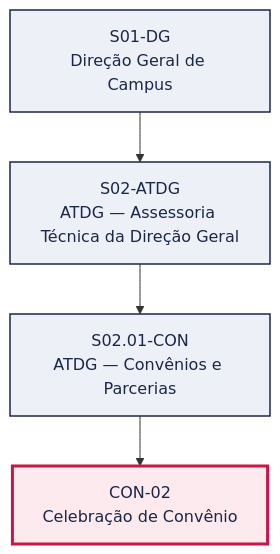
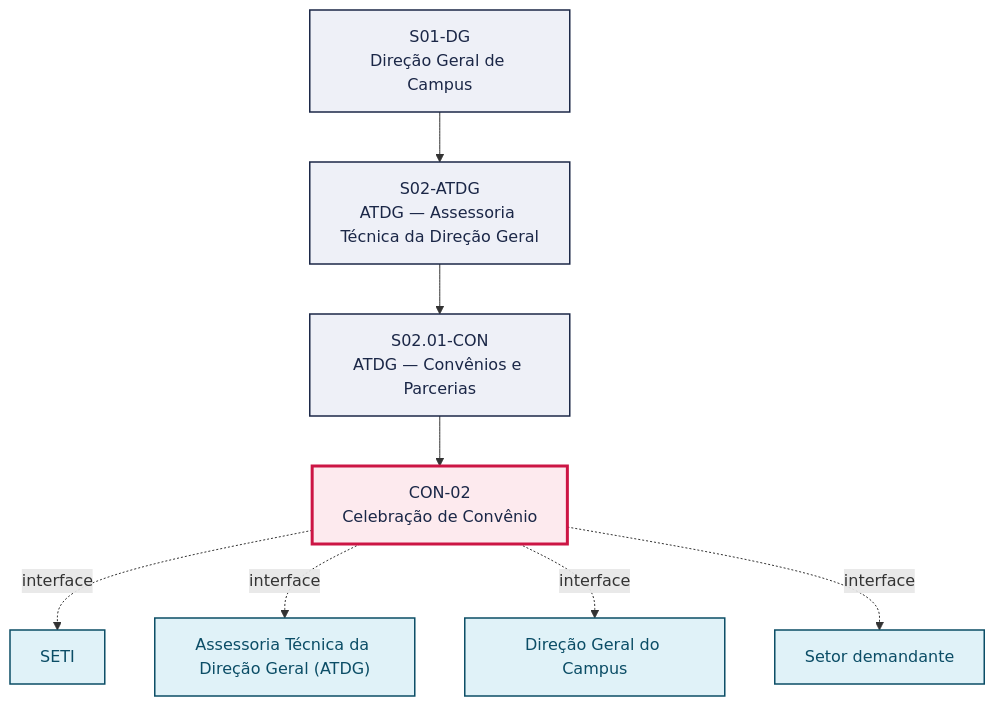
One commit to jessefers/canvas-vivo-atdg changed the first of 2 diagrams in pops/CON/CON-02.md. Above: the diagram before and after it, drawn with Mermaid. The commit also changed other lines of this file and 61 other files, not shown here.

````diff
--- a/pops/CON/CON-02.md
+++ b/pops/CON/CON-02.md
@@ -49,15 +51,24 @@
 ```mermaid
 graph TD
   S01_DG["S01-DG<br/>Direção Geral de Campus"]
   S02_ATDG["S02-ATDG<br/>ATDG — Assessoria Técnica da Direção Geral"]
   S01_DG --> S02_ATDG
   S02_01_CON["S02.01-CON<br/>ATDG — Convênios e Parcerias"]
   S02_ATDG --> S02_01_CON
   P["CON-02<br/>Celebração de Convênio"]
   S02_01_CON --> P
+  V1["SETI"]
+  P -. interface .-> V1
+  V2["Assessoria Técnica da Direção Geral (ATDG)"]
+  P -. interface .-> V2
+  V3["Direção Geral do Campus"]
+  P -. interface .-> V3
+  V4["Setor demandante"]
+  P -. interface .-> V4
   classDef setor fill:#EEF0F7,stroke:#1B2747,stroke-width:1.5px,color:#1B2747
   classDef destaque fill:#FDEAEE,stroke:#CC1544,stroke-width:3px,color:#1B2747
   classDef vizinho fill:#E0F2F8,stroke:#0B4D66,stroke-width:1.5px,color:#0B4D66
   class S01_DG,S02_ATDG,S02_01_CON setor
   class P destaque
+  class V1,V2,V3,V4 vizinho
 ```
````
